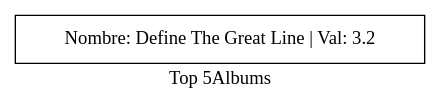
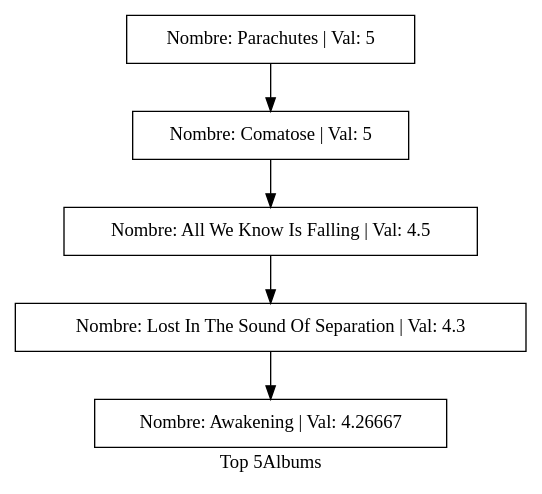
The diagram in Practicas/build-Practica1_Biblioteca_Musica-Desktop_Qt_5_9_0_MinGW_32bit-Debug/topAlbums.dot (ricardcutzh/EDD_Junio), drawn with Graphviz before and after one commit. The commit also changed 13 other files, not shown here.

```diff
--- a/Practicas/build-Practica1_Biblioteca_Musica-Desktop_Qt_5_9_0_MinGW_32bit-Debug/topAlbums.dot
+++ b/Practicas/build-Practica1_Biblioteca_Musica-Desktop_Qt_5_9_0_MinGW_32bit-Debug/topAlbums.dot
@@ -1,5 +1,9 @@
 digraph top{
 node [shape=box];
 label="Top 5Albums";
-"Nombre: Define The Great Line | Val: 3.2";
+"Nombre: Parachutes | Val: 5"->"Nombre: Comatose | Val: 5";
+"Nombre: Comatose | Val: 5"->"Nombre: All We Know Is Falling | Val: 4.5";
+"Nombre: All We Know Is Falling | Val: 4.5"->"Nombre: Lost In The Sound Of Separation | Val: 4.3";
+"Nombre: Lost In The Sound Of Separation | Val: 4.3"->"Nombre: Awakening | Val: 4.26667";
+"Nombre: Awakening | Val: 4.26667";
 }
```
